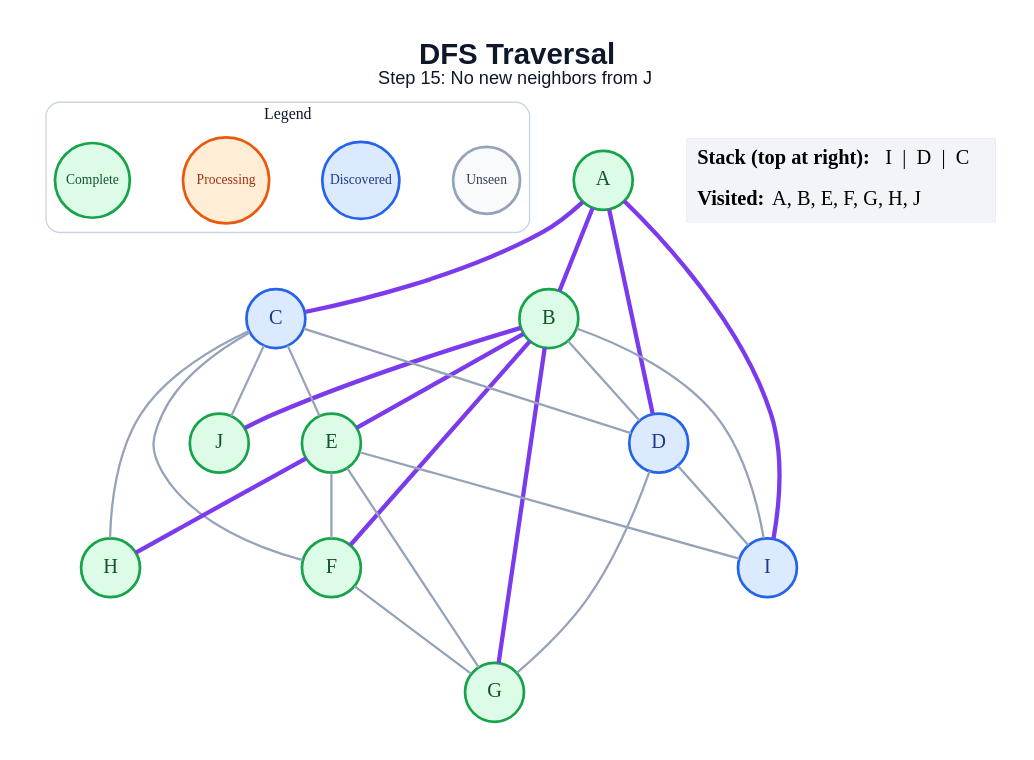
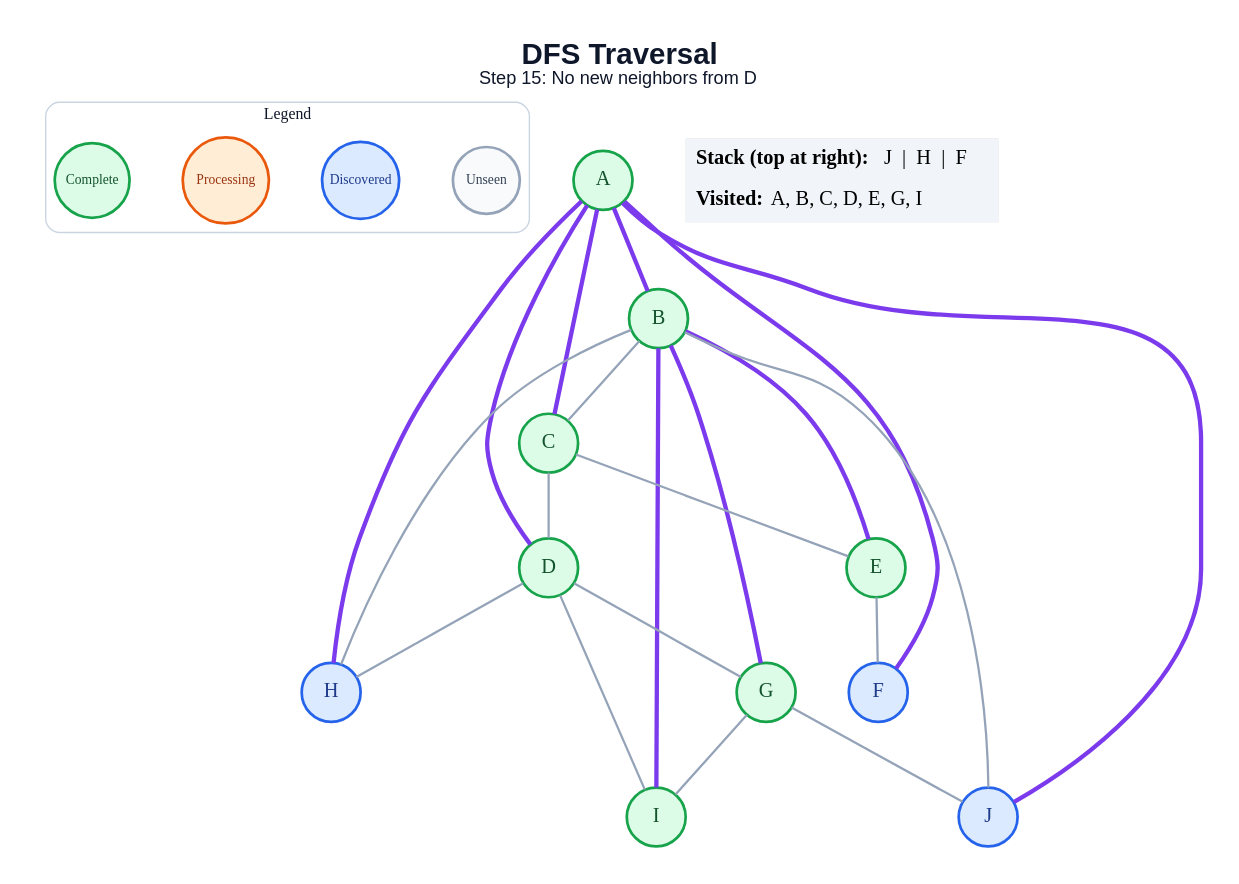
One commit to amanghodawala9/ai-slop changed the diagram in generated/dfs/step_15.dot. Above: the diagram before and after it, drawn with Graphviz. The commit also changed 178 other files, not shown here.

```diff
--- a/generated/dfs/step_15.dot
+++ b/generated/dfs/step_15.dot
@@ -1,51 +1,49 @@
 graph traversal {
   graph [layout=dot, rankdir=TB, bgcolor="#FFFFFF", pad="0.35", nodesep="0.65", ranksep="0.8", fontname="Arial"];
   node [shape=circle, style="filled", fontname="Arial Bold", fontsize=18, width=0.72, fixedsize=true, penwidth=2.4];
   edge [color="#94A3B8", penwidth=2.0];
-  label=<<B>DFS Traversal</B><BR/><FONT POINT-SIZE="16">Step 15: No new neighbors from J</FONT>>; labelloc="t"; fontsize=26; fontname="Arial"; fontcolor="#0F172A";
+  label=<<B>DFS Traversal</B><BR/><FONT POINT-SIZE="16">Step 15: No new neighbors from D</FONT>>; labelloc="t"; fontsize=26; fontname="Arial"; fontcolor="#0F172A";
   subgraph cluster_legend { label="Legend"; color="#CBD5E1"; penwidth=1.2; style="rounded"; fontsize=14; fontname="Arial Bold";
     key_unseen [label="Unseen", fillcolor="#F8FAFC", color="#94A3B8", fontcolor="#334155", fontsize=12, width=0.82];
     key_frontier [label="Discovered", fillcolor="#DBEAFE", color="#2563EB", fontcolor="#1E3A8A", fontsize=12, width=0.95];
     key_current [label="Processing", fillcolor="#FFEDD5", color="#EA580C", fontcolor="#9A3412", fontsize=12, width=1.05];
     key_done [label="Complete", fillcolor="#DCFCE7", color="#16A34A", fontcolor="#14532D", fontsize=12, width=0.92];
     { rank=same; key_unseen; key_frontier; key_current; key_done; }
   }
   A [fillcolor="#DCFCE7", color="#16A34A", fontcolor="#14532D"];
   B [fillcolor="#DCFCE7", color="#16A34A", fontcolor="#14532D"];
-  C [fillcolor="#DBEAFE", color="#2563EB", fontcolor="#1E3A8A"];
-  D [fillcolor="#DBEAFE", color="#2563EB", fontcolor="#1E3A8A"];
+  C [fillcolor="#DCFCE7", color="#16A34A", fontcolor="#14532D"];
+  D [fillcolor="#DCFCE7", color="#16A34A", fontcolor="#14532D"];
   E [fillcolor="#DCFCE7", color="#16A34A", fontcolor="#14532D"];
-  F [fillcolor="#DCFCE7", color="#16A34A", fontcolor="#14532D"];
+  F [fillcolor="#DBEAFE", color="#2563EB", fontcolor="#1E3A8A"];
   G [fillcolor="#DCFCE7", color="#16A34A", fontcolor="#14532D"];
-  H [fillcolor="#DCFCE7", color="#16A34A", fontcolor="#14532D"];
-  I [fillcolor="#DBEAFE", color="#2563EB", fontcolor="#1E3A8A"];
-  J [fillcolor="#DCFCE7", color="#16A34A", fontcolor="#14532D"];
+  H [fillcolor="#DBEAFE", color="#2563EB", fontcolor="#1E3A8A"];
+  I [fillcolor="#DCFCE7", color="#16A34A", fontcolor="#14532D"];
+  J [fillcolor="#DBEAFE", color="#2563EB", fontcolor="#1E3A8A"];
   A -- B [color="#7C3AED", penwidth=3.8];
   A -- C [color="#7C3AED", penwidth=3.8];
   A -- D [color="#7C3AED", penwidth=3.8];
-  A -- I [color="#7C3AED", penwidth=3.8];
-  B -- D;
+  A -- F [color="#7C3AED", penwidth=3.8];
+  A -- H [color="#7C3AED", penwidth=3.8];
+  A -- J [color="#7C3AED", penwidth=3.8];
+  B -- C;
   B -- E [color="#7C3AED", penwidth=3.8];
-  B -- F [color="#7C3AED", penwidth=3.8];
   B -- G [color="#7C3AED", penwidth=3.8];
-  B -- I;
-  B -- J [color="#7C3AED", penwidth=3.8];
+  B -- H;
+  B -- I [color="#7C3AED", penwidth=3.8];
+  B -- J;
   C -- D;
   C -- E;
-  C -- F;
-  C -- H;
-  C -- J;
   D -- G;
+  D -- H;
   D -- I;
   E -- F;
-  E -- G;
-  E -- H [color="#7C3AED", penwidth=3.8];
-  E -- I;
-  F -- G;
+  G -- I;
+  G -- J;
   status [shape=plain, fixedsize=false, width=0, height=0, margin=0, label=<
     <TABLE BORDER="0" CELLBORDER="0" CELLPADDING="7" BGCOLOR="#F1F5F9">
-      <TR><TD ALIGN="LEFT"><B>Stack (top at right):</B> I  |  D  |  C</TD></TR>
-      <TR><TD ALIGN="LEFT"><B>Visited:</B> A, B, E, F, G, H, J</TD></TR>
+      <TR><TD ALIGN="LEFT"><B>Stack (top at right):</B> J  |  H  |  F</TD></TR>
+      <TR><TD ALIGN="LEFT"><B>Visited:</B> A, B, C, D, E, G, I</TD></TR>
     </TABLE>
   >];
 }
```
